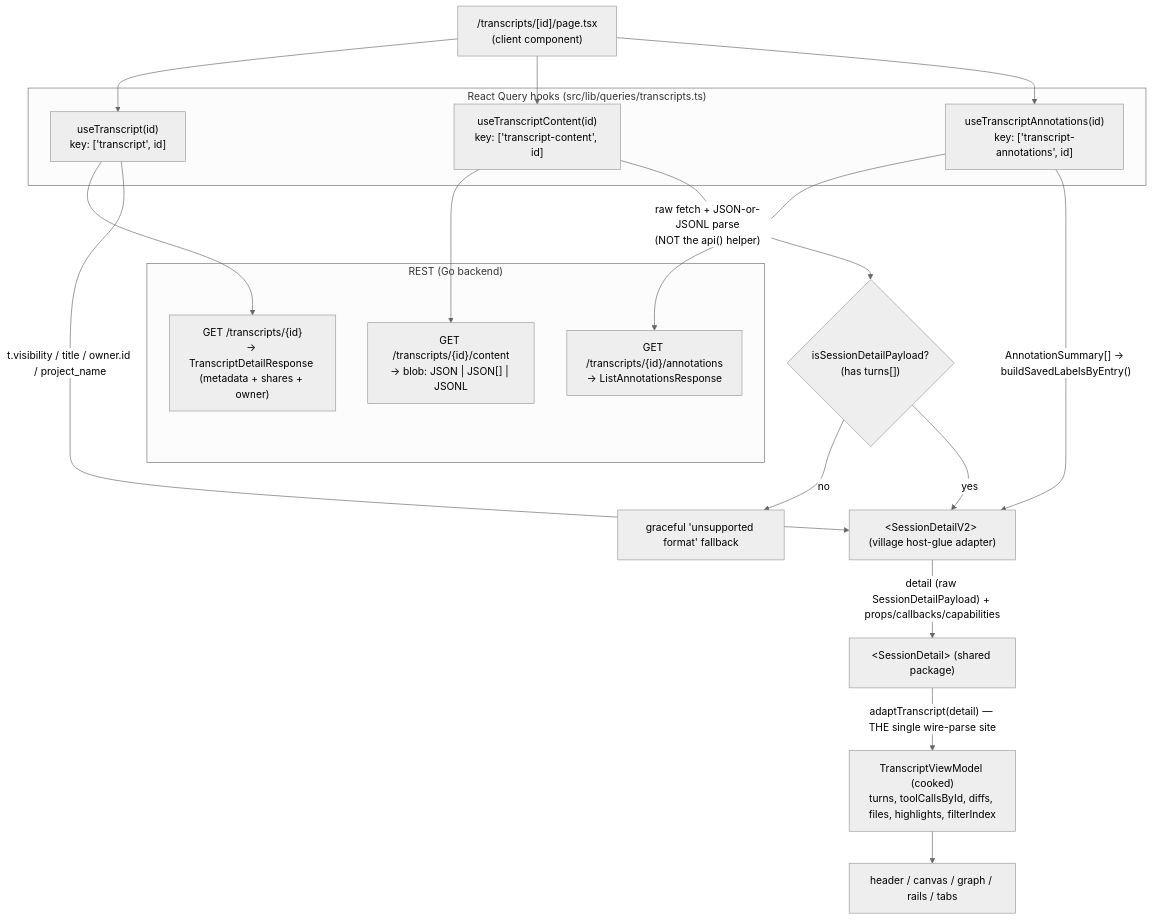
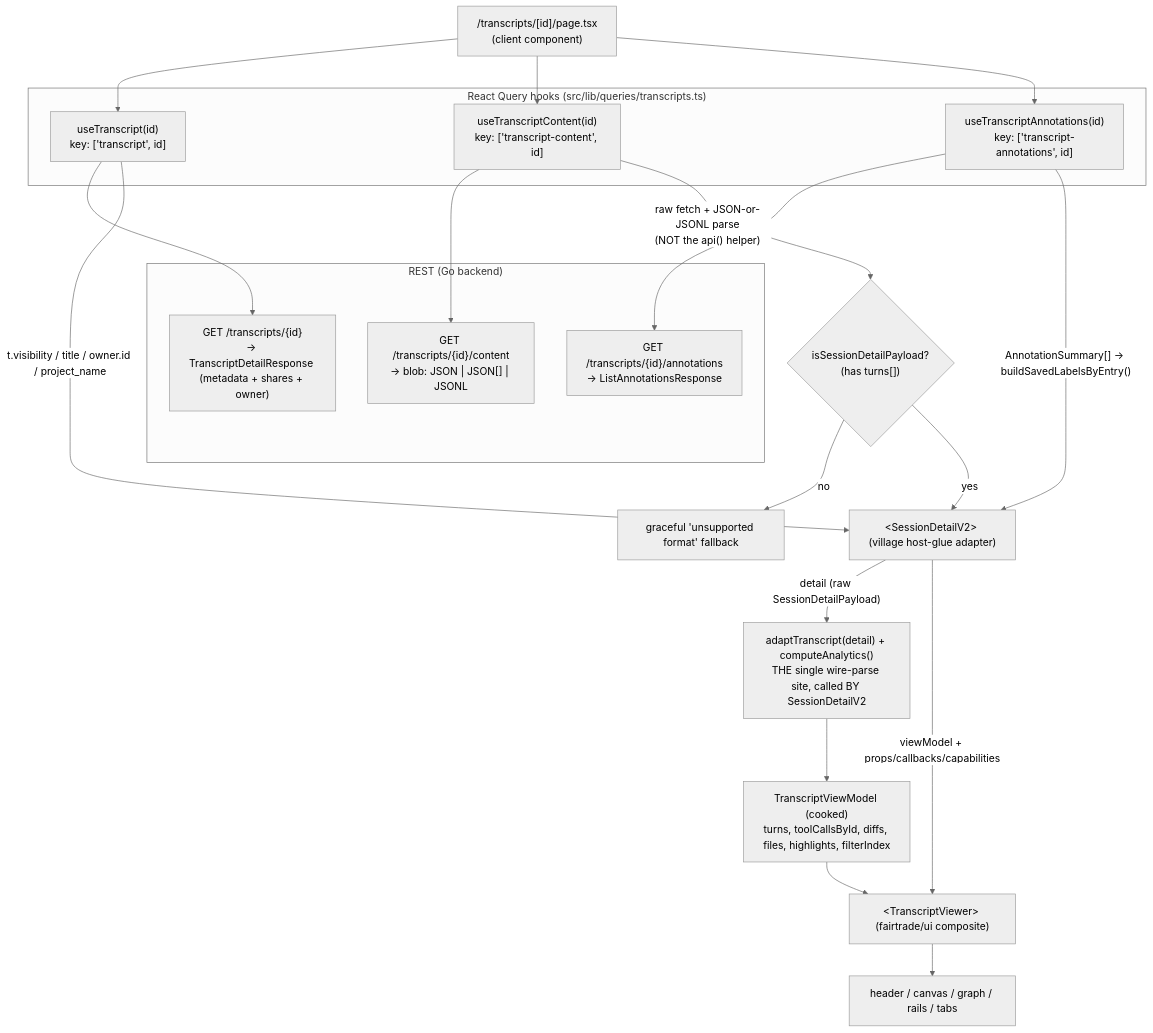
Before and after one commit to peasant-labs/village: the first of 3 diagrams in frontend/docs/data-binding.md, drawn with Mermaid (neutral theme). The commit also changed other lines of this file and 22 other files, not shown here.

First line of the commit message:
refactor(frontend): import the transcript graph and TurnLabel from fairtrade 0.0.18 (#77)

````diff
--- a/frontend/docs/data-binding.md
+++ b/frontend/docs/data-binding.md
@@ -72,30 +71,32 @@
 ```mermaid
 flowchart TD
   route["/transcripts/[id]/page.tsx<br/>(client component)"]
 
   subgraph rq["React Query hooks (src/lib/queries/transcripts.ts)"]
     useT["useTranscript(id)<br/>key: ['transcript', id]"]
     useC["useTranscriptContent(id)<br/>key: ['transcript-content', id]"]
     useA["useTranscriptAnnotations(id)<br/>key: ['transcript-annotations', id]"]
   end
 
   subgraph rest["REST (Go backend)"]
     gT["GET /transcripts/{id}<br/>→ TranscriptDetailResponse (metadata + shares + owner)"]
     gC["GET /transcripts/{id}/content<br/>→ blob: JSON | JSON[] | JSONL"]
     gA["GET /transcripts/{id}/annotations<br/>→ ListAnnotationsResponse"]
   end
 
   route --> useT --> gT
   route --> useC --> gC
   route --> useA --> gA
 
   useC -- "raw fetch + JSON-or-JSONL parse<br/>(NOT the api() helper)" --> narrow{"isSessionDetailPayload?<br/>(has turns[])"}
   narrow -- no --> fb["graceful 'unsupported format' fallback"]
   narrow -- yes --> sdv["&lt;SessionDetailV2&gt; (village host-glue adapter)"]
   useT -- "t.visibility / title / owner.id / project_name" --> sdv
   useA -- "AnnotationSummary[] → buildSavedLabelsByEntry()" --> sdv
 
-  sdv -- "detail (raw SessionDetailPayload) + props/callbacks/capabilities" --> sd["&lt;SessionDetail&gt; (shared package)"]
-  sd -- "adaptTranscript(detail) — THE single wire-parse site" --> vm["TranscriptViewModel (cooked)<br/>turns, toolCallsById, diffs, files, highlights, filterIndex"]
-  vm --> render["header / canvas / graph / rails / tabs"]
+  sdv -- "detail (raw SessionDetailPayload)" --> adapt["adaptTranscript(detail) + computeAnalytics()<br/>THE single wire-parse site, called BY SessionDetailV2"]
+  adapt --> vm["TranscriptViewModel (cooked)<br/>turns, toolCallsById, diffs, files, highlights, filterIndex"]
+  sdv -- "viewModel + props/callbacks/capabilities" --> tv["&lt;TranscriptViewer&gt; (fairtrade/ui composite)"]
+  vm --> tv
+  tv --> render["header / canvas / graph / rails / tabs"]
 ```
````
